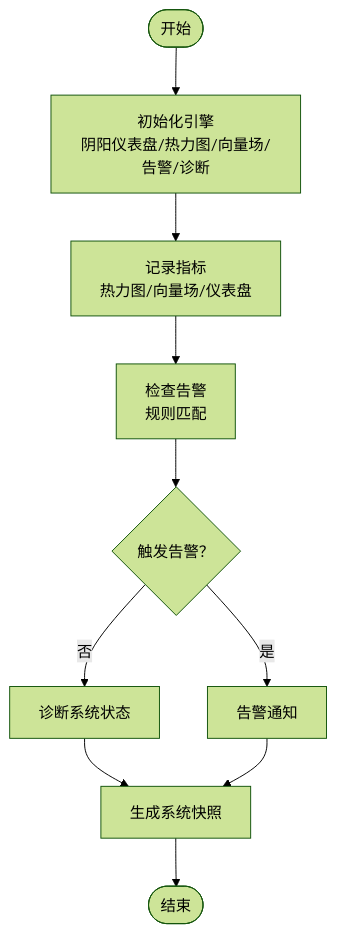
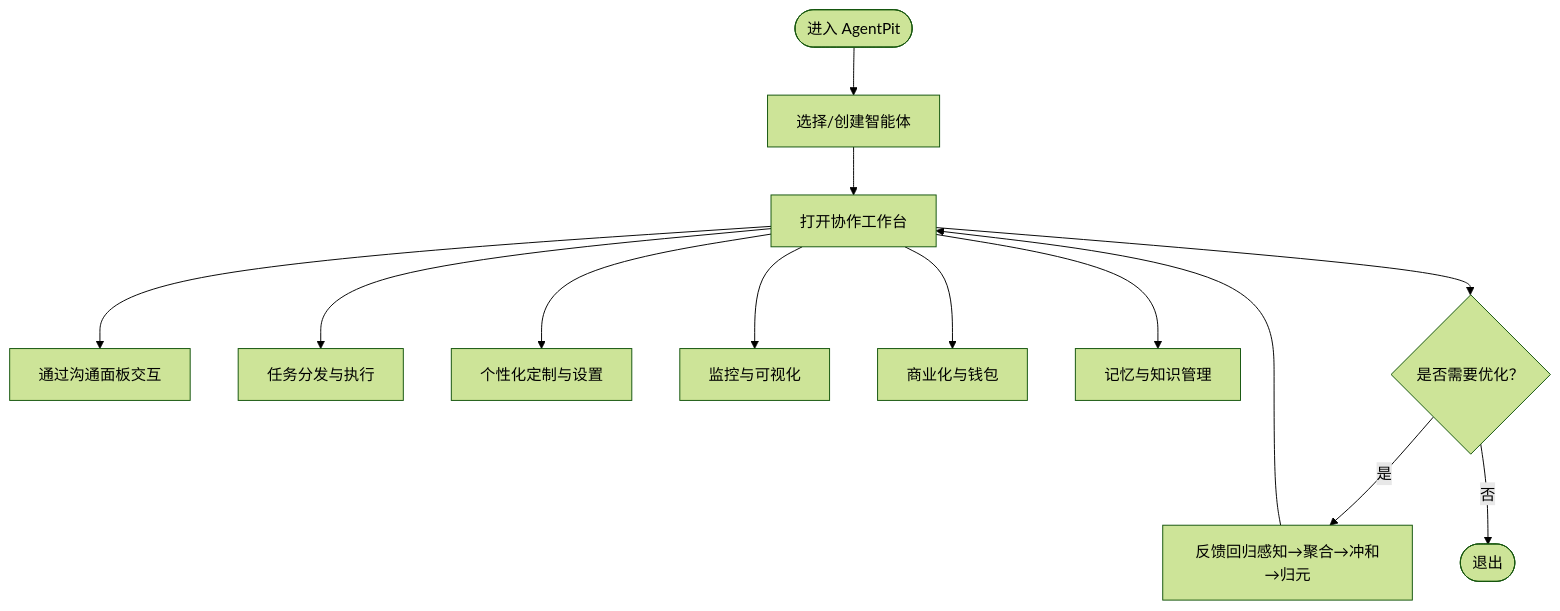
The third of 7 diagrams in .qoder/repowiki/zh/content/项目概述/项目概述.md (daoApps/daoApps), drawn with Mermaid (forest theme) before and after one commit. The commit also changed other lines of this file and 205 other files, not shown here.

````diff
--- a/.qoder/repowiki/zh/content/项目概述/项目概述.md
+++ b/.qoder/repowiki/zh/content/项目概述/项目概述.md
@@ -284,12 +142,15 @@
 ```mermaid
 flowchart TD
-Start(["开始"]) --> Init["初始化引擎<br/>阴阳仪表盘/热力图/向量场/告警/诊断"]
-Init --> Record["记录指标<br/>热力图/向量场/仪表盘"]
-Record --> Check["检查告警<br/>规则匹配"]
-Check --> Alert{"触发告警？"}
-Alert --> |是| Notify["告警通知"]
-Alert --> |否| Diagnose["诊断系统状态"]
-Diagnose --> Snapshot["生成系统快照"]
-Notify --> Snapshot
-Snapshot --> End(["结束"])
+Start(["进入 AgentPit"]) --> Select["选择/创建智能体"]
+Select --> Workspace["打开协作工作台"]
+Workspace --> Communicate["通过沟通面板交互"]
+Workspace --> Distribute["任务分发与执行"]
+Workspace --> Customize["个性化定制与设置"]
+Workspace --> Monitor["监控与可视化"]
+Workspace --> Monetize["商业化与钱包"]
+Workspace --> Memory["记忆与知识管理"]
+Workspace --> Lifecycle{"是否需要优化？"}
+Lifecycle --> |是| Feedback["反馈回归感知→聚合→冲和→归元"]
+Feedback --> Workspace
+Lifecycle --> |否| End(["退出"])
 ```
````
